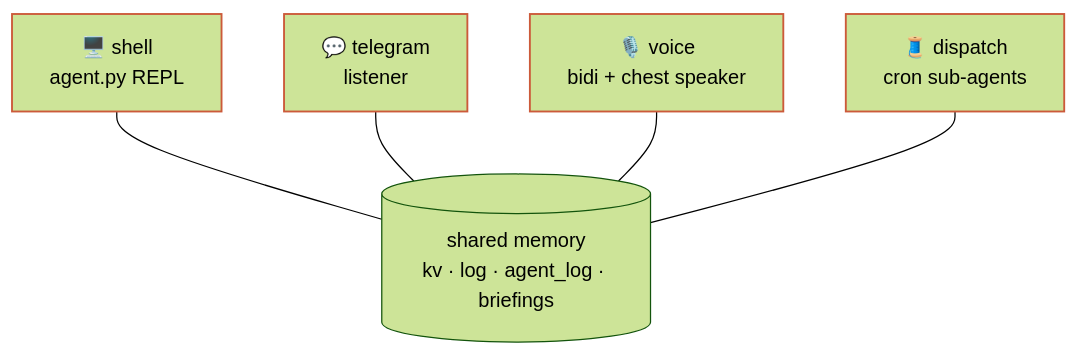
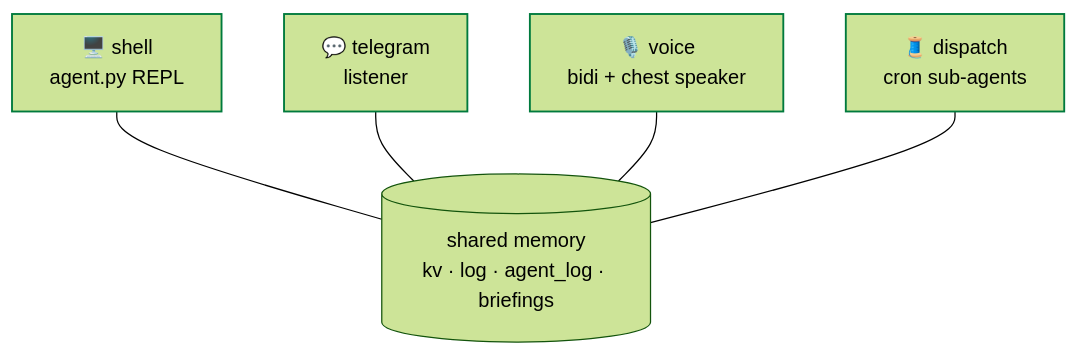
One commit to cagataycali/neon-the-g1 changed the third of 3 diagrams in docs/guide/architecture.md. Above: the diagram before and after it, drawn with Mermaid (forest theme). The commit also changed other lines of this file and 10 other files, not shown here.

Commit message:
mermaid: Material renders the fences itself; --md-mermaid-* tokens put diagrams in ink on the page surface, classDef strokes in the palette (green / grey / amber), neon's own mermaid@10 renderer and both init scripts removed

````diff
--- a/docs/guide/architecture.md
+++ b/docs/guide/architecture.md
@@ -70,10 +70,10 @@
 ```mermaid
 flowchart TB
   MEM[("shared memory<br/>kv · log · agent_log · briefings")]
   SH["🖥️ shell<br/>agent.py REPL"] --- MEM
   TG["💬 telegram<br/>listener"] --- MEM
   VC["🎙️ voice<br/>bidi + chest speaker"] --- MEM
   DP["🧵 dispatch<br/>cron sub-agents"] --- MEM
-  classDef p stroke:#cc5a3a,stroke-width:1.5px
+  classDef p stroke:#007a3d,stroke-width:1.5px
   class SH,TG,VC,DP p
 ```
````
